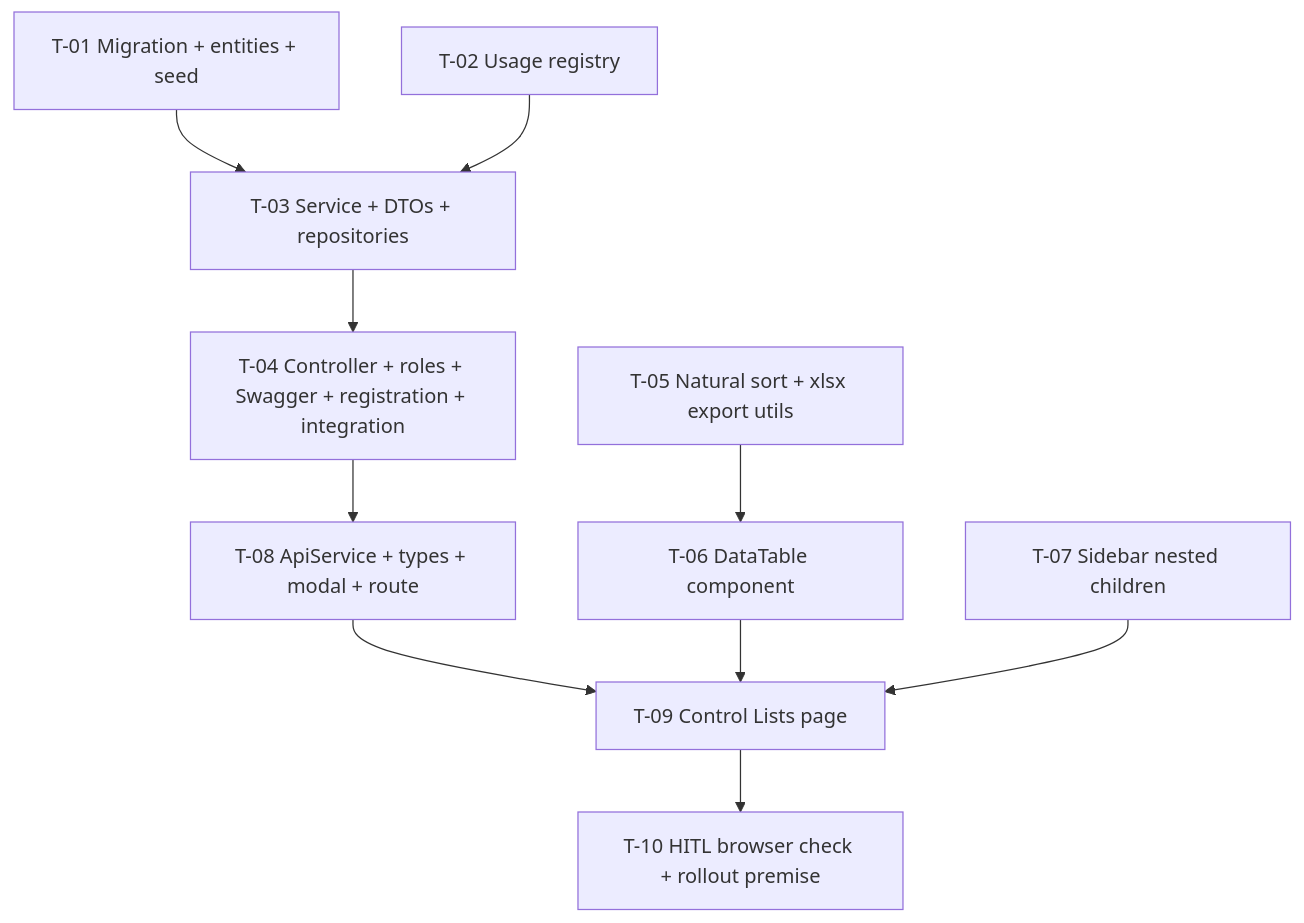
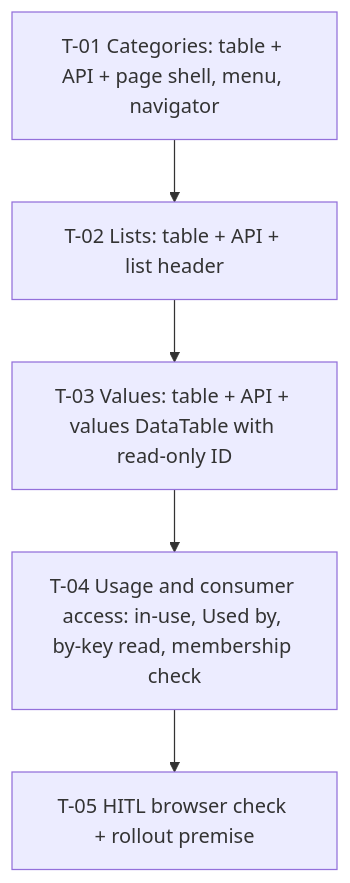
One commit to AllianceBioversityCIAT/alliance-research-indicators-main changed the diagram in docs/specs/institutional-performance/control-lists/tasks.md. Above: the diagram before and after it, drawn with Mermaid. The commit also changed other lines of this file and 4 other files, not shown here.

First line of the commit message:
docs(institutional-performance): re-cut control-lists into vertical slices; judgment round 2

````diff
--- a/docs/specs/institutional-performance/control-lists/tasks.md
+++ b/docs/specs/institutional-performance/control-lists/tasks.md
@@ -19,13 +27,7 @@
 ```mermaid
 graph TD
-  T01[T-01 Migration + entities + seed] --> T03[T-03 Service + DTOs + repositories]
-  T02[T-02 Usage registry] --> T03
-  T03 --> T04[T-04 Controller + roles + Swagger + registration + integration]
-  T05[T-05 Natural sort + xlsx export utils] --> T06[T-06 DataTable component]
-  T07[T-07 Sidebar nested children]
-  T04 --> T08[T-08 ApiService + types + modal + route]
-  T08 --> T09[T-09 Control Lists page]
-  T06 --> T09
-  T07 --> T09
-  T09 --> T10[T-10 HITL browser check + rollout premise]
+  T01[T-01 Categories: table + API + page shell, menu, navigator] --> T02[T-02 Lists: table + API + list header]
+  T02 --> T03[T-03 Values: table + API + values DataTable with read-only ID]
+  T03 --> T04[T-04 Usage and consumer access: in-use, Used by, by-key read, membership check]
+  T04 --> T05[T-05 HITL browser check + rollout premise]
 ```
````
